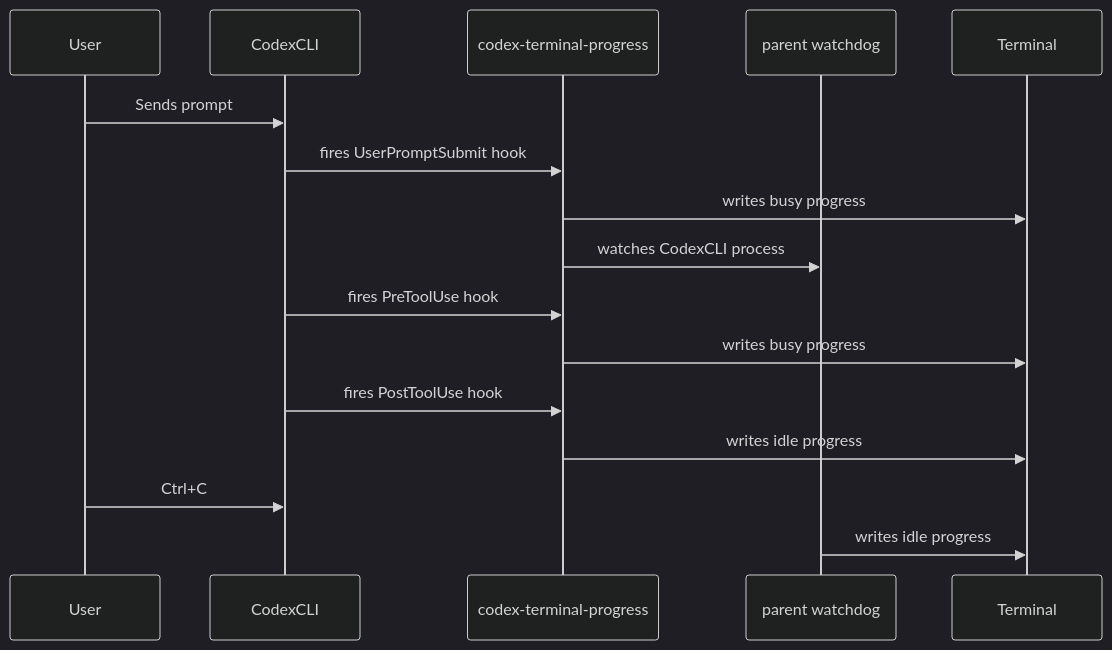
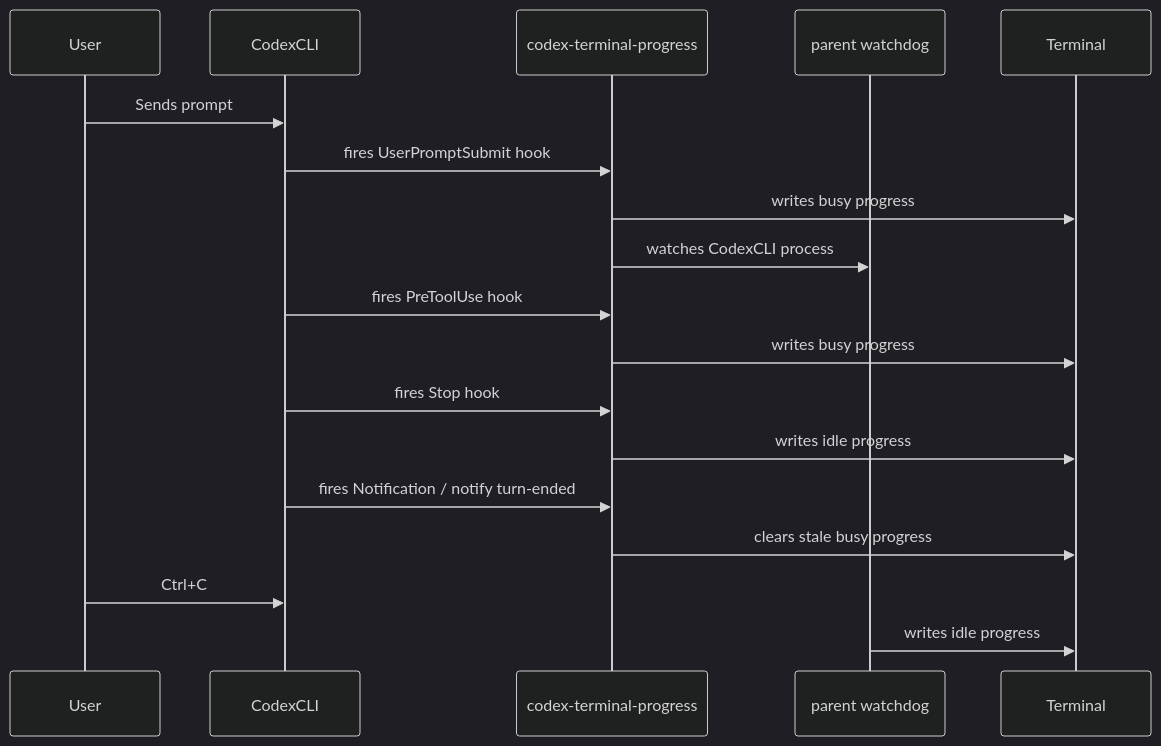
The diagram in README.md (bcanozgur/codex-terminal-progress), drawn with Mermaid (dark theme) before and after one commit. The commit also changed other lines of this file and 6 other files, not shown here.

First line of the commit message:
Add waiting state and Notification-based progress clearing

````diff
--- a/README.md
+++ b/README.md
@@ -164,22 +165,25 @@
 ```mermaid
 sequenceDiagram
     participant User
     participant CodexCLI
     participant Hook as codex-terminal-progress
     participant Monitor as parent watchdog
     participant Terminal
 
     User->>CodexCLI: Sends prompt
     CodexCLI->>Hook: fires UserPromptSubmit hook
     Hook->>Terminal: writes busy progress
     Hook->>Monitor: watches CodexCLI process
 
     CodexCLI->>Hook: fires PreToolUse hook
     Hook->>Terminal: writes busy progress
 
-    CodexCLI->>Hook: fires PostToolUse hook
+    CodexCLI->>Hook: fires Stop hook
     Hook->>Terminal: writes idle progress
+
+    CodexCLI->>Hook: fires Notification / notify turn-ended
+    Hook->>Terminal: clears stale busy progress
 
     User->>CodexCLI: Ctrl+C
     Monitor->>Terminal: writes idle progress
 ```
````
